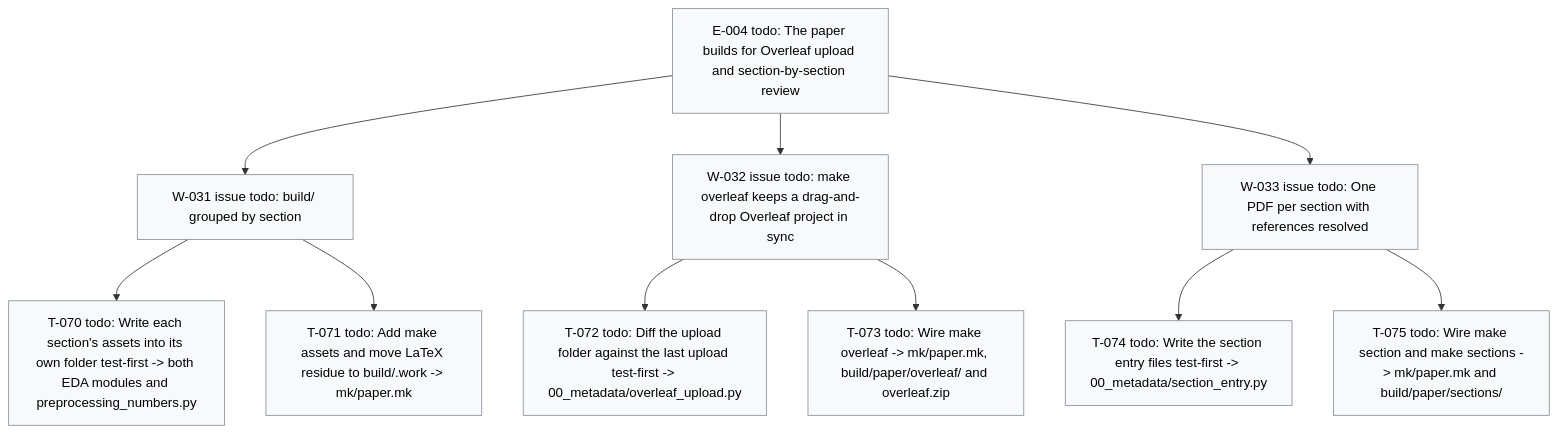
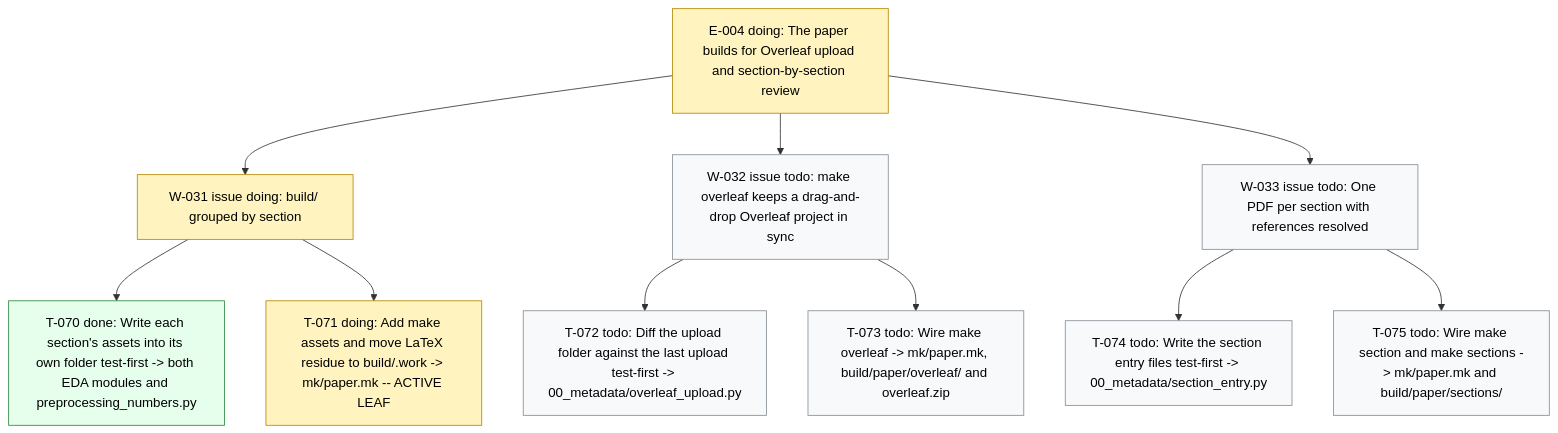
Before and after one commit to dpopchev/surrogate-models: the diagram in .board/BOARD.md, drawn with Mermaid. The commit also changed other lines of this file and 13 other files, not shown here.

First line of the commit message:
build(paper): group the generated assets by section under build/assets

````diff
--- a/.board/BOARD.md
+++ b/.board/BOARD.md
@@ -216,19 +216,21 @@
 ```mermaid
 flowchart TD
-  E004["E-004 todo: The paper builds for Overleaf upload and section-by-section review"]
-  E004 --> W031["W-031 issue todo: build/ grouped by section"]
-  W031 --> T070["T-070 todo: Write each section's assets into its own folder test-first -> both EDA modules and preprocessing_numbers.py"]
-  W031 --> T071["T-071 todo: Add make assets and move LaTeX residue to build/.work -> mk/paper.mk"]
+  E004["E-004 doing: The paper builds for Overleaf upload and section-by-section review"]
+  E004 --> W031["W-031 issue doing: build/ grouped by section"]
+  W031 --> T070["T-070 done: Write each section's assets into its own folder test-first -> both EDA modules and preprocessing_numbers.py"]
+  W031 --> T071["T-071 doing: Add make assets and move LaTeX residue to build/.work -> mk/paper.mk -- ACTIVE LEAF"]
   E004 --> W032["W-032 issue todo: make overleaf keeps a drag-and-drop Overleaf project in sync"]
   W032 --> T072["T-072 todo: Diff the upload folder against the last upload test-first -> 00_metadata/overleaf_upload.py"]
   W032 --> T073["T-073 todo: Wire make overleaf -> mk/paper.mk, build/paper/overleaf/ and overleaf.zip"]
   E004 --> W033["W-033 issue todo: One PDF per section with references resolved"]
   W033 --> T074["T-074 todo: Write the section entry files test-first -> 00_metadata/section_entry.py"]
   W033 --> T075["T-075 todo: Wire make section and make sections -> mk/paper.mk and build/paper/sections/"]
   classDef doing fill:#fff3bf,stroke:#b58900,color:#000;
   classDef blocked fill:#ffe3e3,stroke:#c92a2a,color:#000;
   classDef done fill:#e6ffed,stroke:#2b8a3e,color:#000;
   classDef todo fill:#f8f9fa,stroke:#868e96,color:#000;
   classDef pruned fill:#f1f3f5,stroke:#adb5bd,color:#000;
-  class E004,W031,T070,T071,W032,T072,T073,W033,T074,T075 todo
+  class E004,W031,T071 doing
+  class T070 done
+  class W032,T072,T073,W033,T074,T075 todo
 ```
````
